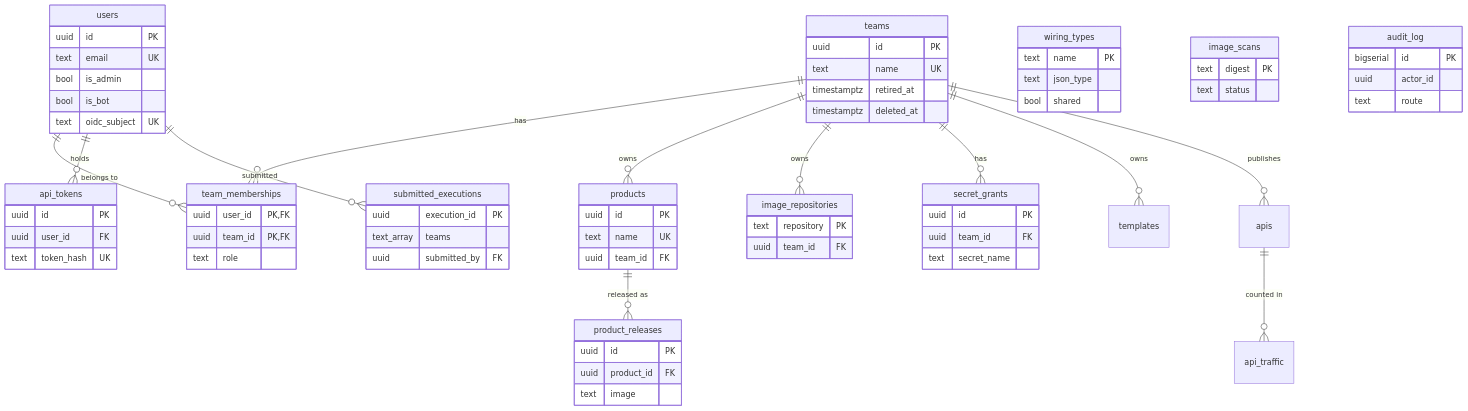
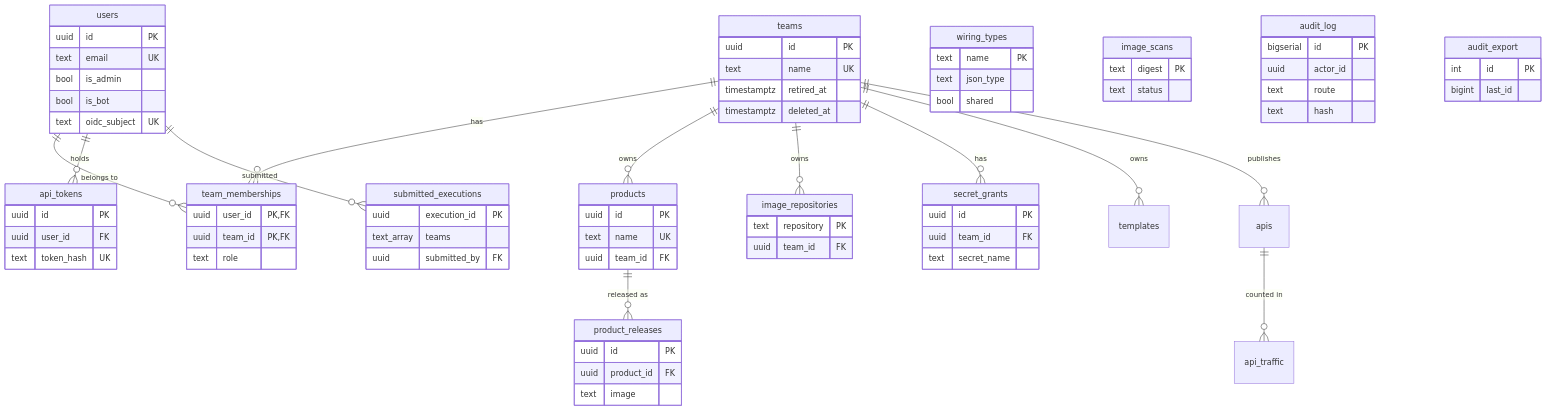
One commit to rburns629/vertra changed the third of 3 diagrams in console/docs/06-database-schemas.md. Above: the diagram before and after it, drawn with Mermaid. The commit also changed other lines of this file and 41 other files, not shown here.

First line of the commit message:
feat: a hash-chained audit log, copied to write-once storage

````diff
--- a/console/docs/06-database-schemas.md
+++ b/console/docs/06-database-schemas.md
@@ -187,75 +187,80 @@
 ```mermaid
 erDiagram
   users ||--o{ team_memberships : "belongs to"
   teams ||--o{ team_memberships : "has"
   users ||--o{ api_tokens : "holds"
   teams ||--o{ products : "owns"
   wiring_types {
     text name PK
     text json_type
     bool shared
   }
   products ||--o{ product_releases : "released as"
   teams ||--o{ image_repositories : "owns"
   teams ||--o{ secret_grants : "has"
   teams ||--o{ templates : "owns"
   teams ||--o{ apis : "publishes"
   apis ||--o{ api_traffic : "counted in"
   users ||--o{ submitted_executions : "submitted"
   teams {
     uuid id PK
     text name UK
     timestamptz retired_at
     timestamptz deleted_at
   }
   users {
     uuid id PK
     text email UK
     bool is_admin
     bool is_bot
     text oidc_subject UK
   }
   team_memberships {
     uuid user_id PK,FK
     uuid team_id PK,FK
     text role
   }
   api_tokens {
     uuid id PK
     uuid user_id FK
     text token_hash UK
   }
   products {
     uuid id PK
     text name UK
     uuid team_id FK
   }
   product_releases {
     uuid id PK
     uuid product_id FK
     text image
   }
   image_repositories {
     text repository PK
     uuid team_id FK
   }
   image_scans {
     text digest PK
     text status
   }
   audit_log {
     bigserial id PK
     uuid actor_id
     text route
+    text hash
+  }
+  audit_export {
+    int id PK
+    bigint last_id
   }
   secret_grants {
     uuid id PK
     uuid team_id FK
     text secret_name
   }
   submitted_executions {
     uuid execution_id PK
     text_array teams
     uuid submitted_by FK
   }
 ```
````
